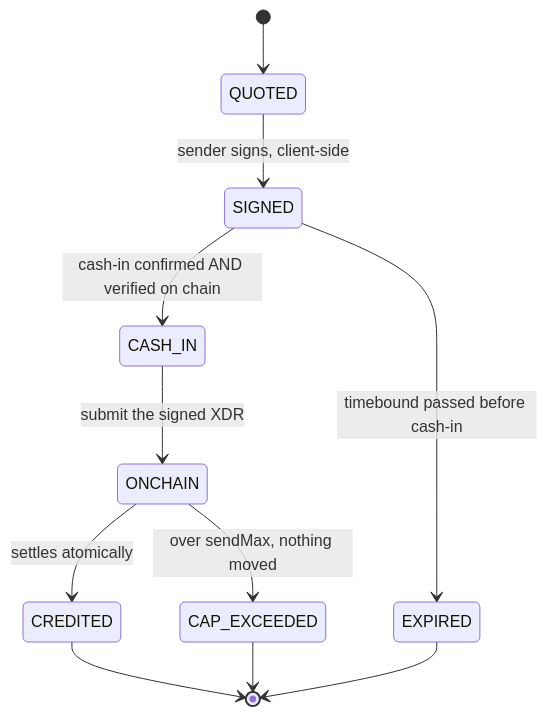
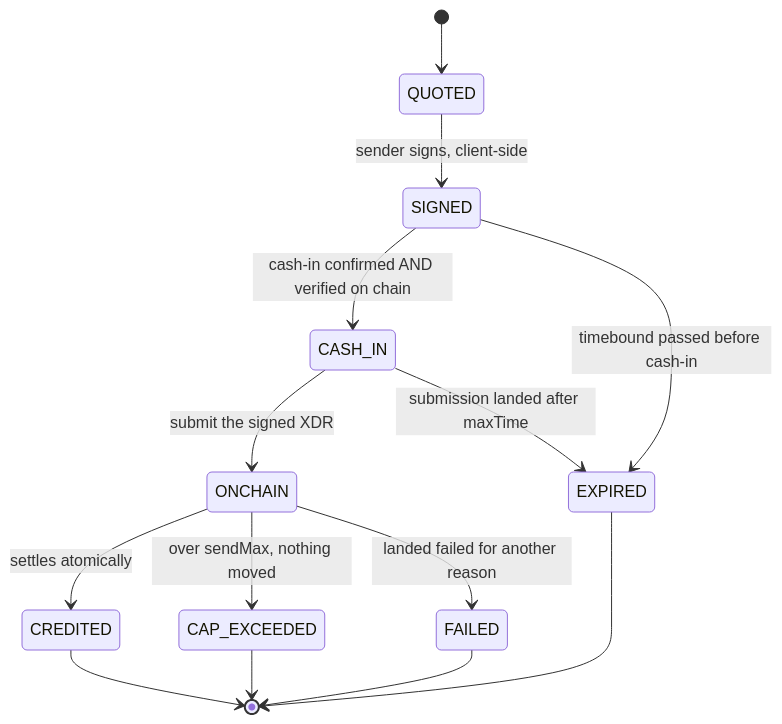
The second of 3 diagrams in docs/architecture.md (yigitcangokmen/corramoney), drawn with Mermaid before and after one commit. The commit also changed other lines of this file and 9 other files, not shown here.

````diff
--- a/docs/architecture.md
+++ b/docs/architecture.md
@@ -188,13 +190,16 @@
 ```mermaid
 stateDiagram-v2
     [*] --> QUOTED
     QUOTED --> SIGNED: sender signs, client-side
     SIGNED --> CASH_IN: cash-in confirmed AND verified on chain
     SIGNED --> EXPIRED: timebound passed before cash-in
     CASH_IN --> ONCHAIN: submit the signed XDR
+    CASH_IN --> EXPIRED: submission landed after maxTime
     ONCHAIN --> CREDITED: settles atomically
     ONCHAIN --> CAP_EXCEEDED: over sendMax, nothing moved
+    ONCHAIN --> FAILED: landed failed for another reason
     CREDITED --> [*]
     EXPIRED --> [*]
     CAP_EXCEEDED --> [*]
+    FAILED --> [*]
 ```
````
